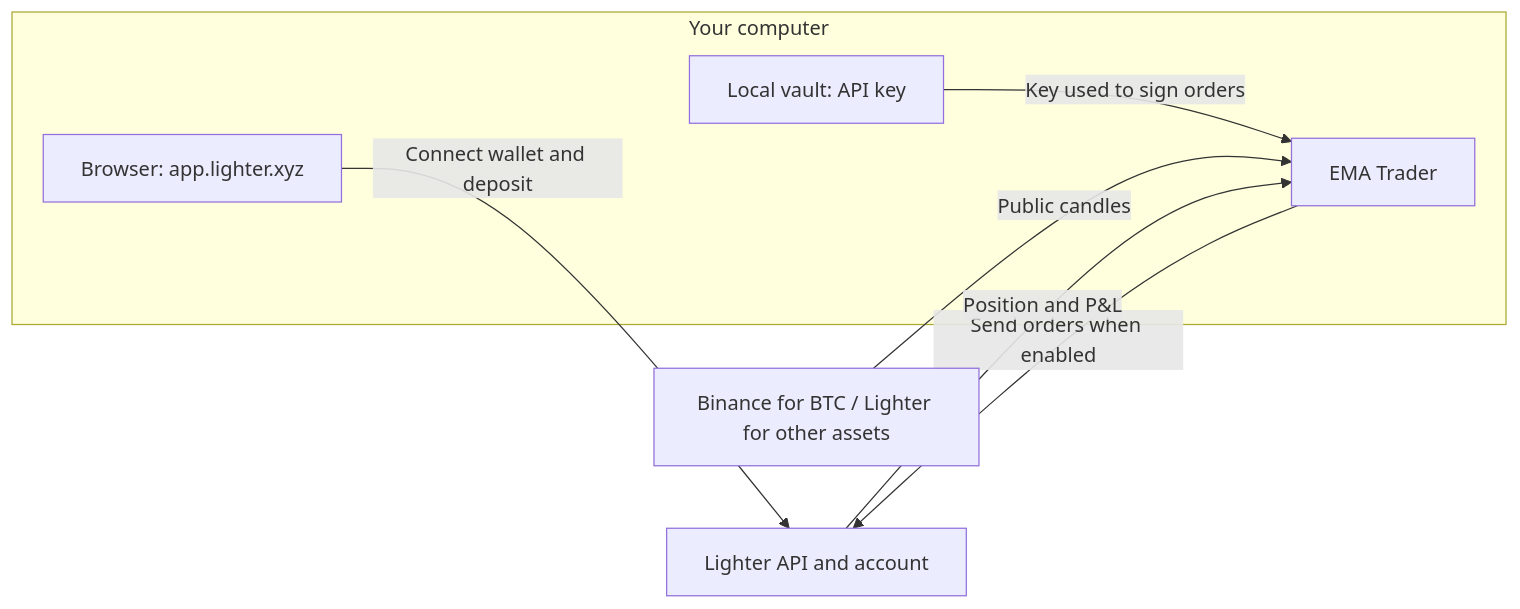
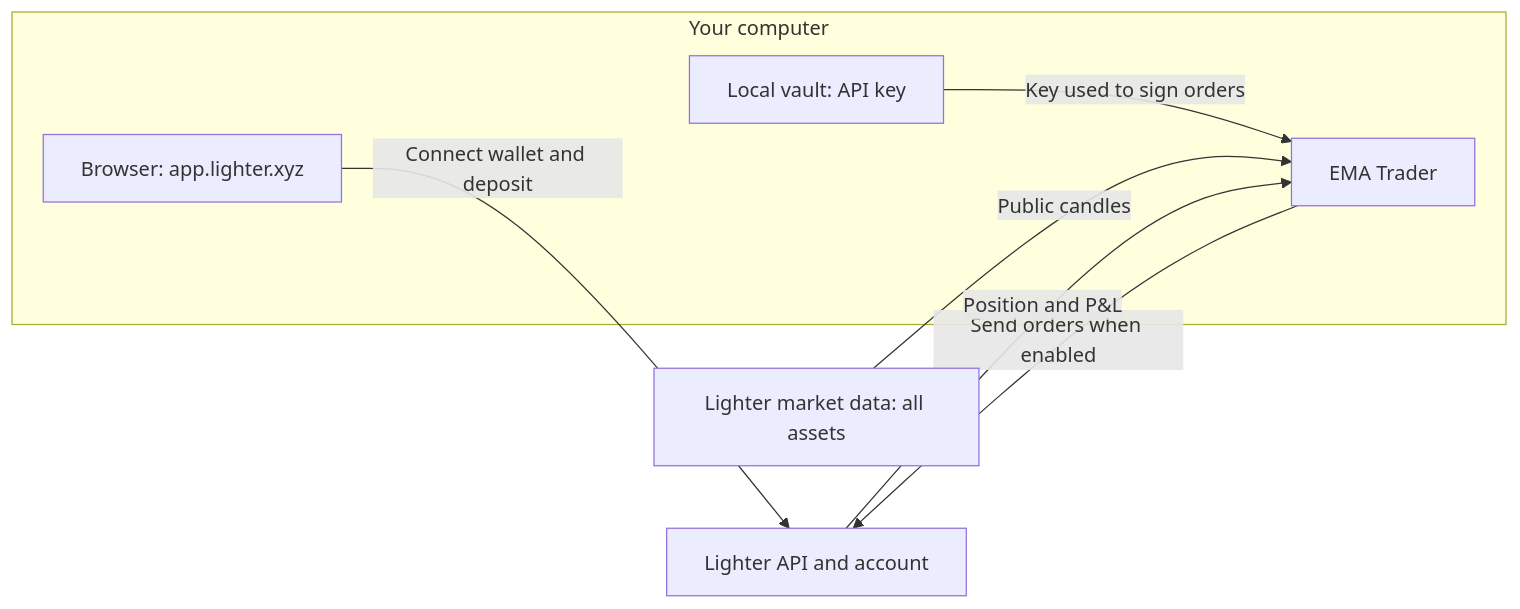
Before and after one commit to ramonck/EMATrader: the diagram in README.en.md, drawn with Mermaid. The commit also changed other lines of this file and 25 other files, not shown here.

Commit message:
Use Lighter candles for all markets and document funding risks

````diff
--- a/README.en.md
+++ b/README.en.md
@@ -33,15 +35,15 @@
 ```mermaid
 flowchart LR
     subgraph LOCAL["Your computer"]
         B["Browser: app.lighter.xyz"]
         R["EMA Trader"]
         V["Local vault: API key"]
     end
     L["Lighter API and account"]
-    M["Binance for BTC / Lighter for other assets"]
+    M["Lighter market data: all assets"]
     B -->|"Connect wallet and deposit"| L
     V -->|"Key used to sign orders"| R
     M -->|"Public candles"| R
     R -->|"Send orders when enabled"| L
     L -->|"Position and P&L"| R
 ```
````
